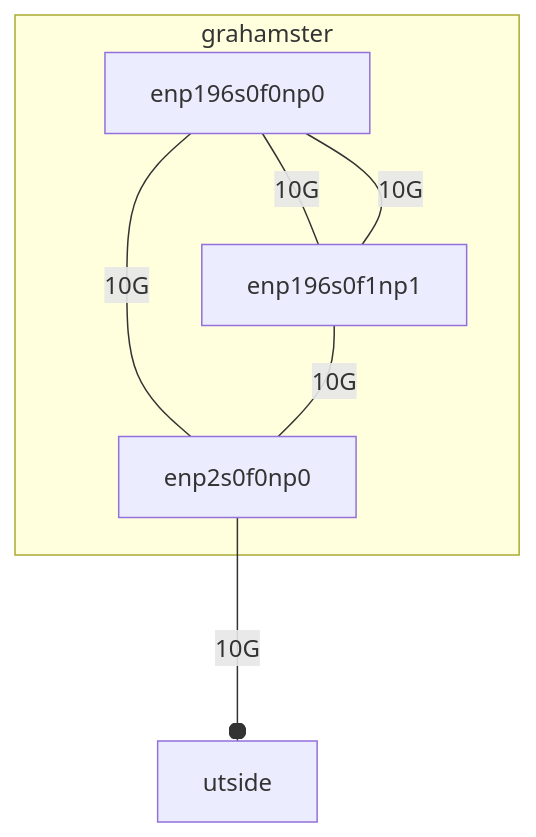
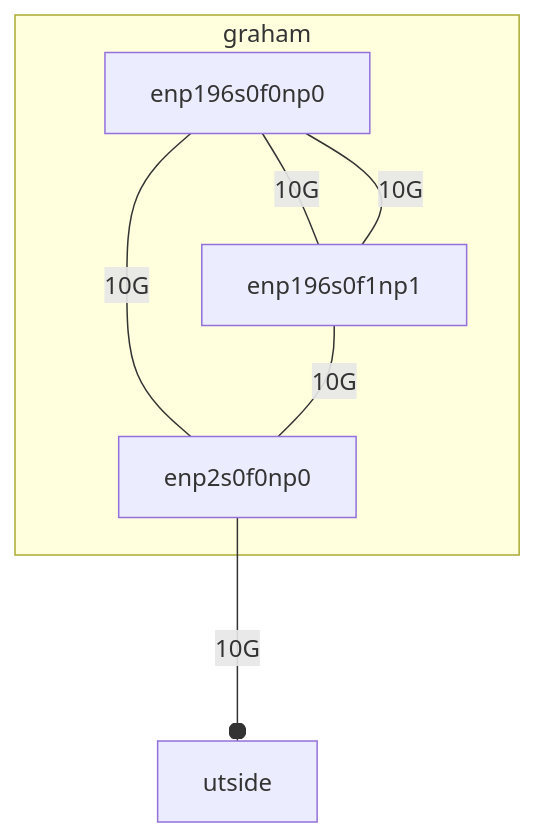
One commit to ackxolotl/doctor-cluster-config changed the fifth of 5 diagrams in some-mermaid-graph.md. Above: the diagram before and after it, drawn with Mermaid.

````diff
--- a/some-mermaid-graph.md
+++ b/some-mermaid-graph.md
@@ -62,16 +62,16 @@
 ```mermaid
   graph TD
     graham.enp2s0f0np0["enp2s0f0np0"]-- 10G ---outside
     graham.enp196s0f0np0["enp196s0f0np0"]-- 10G ---graham.enp2s0f0np0["enp2s0f0np0"]
     graham.enp196s0f0np0["enp196s0f0np0"]-- 10G ---graham.enp196s0f1np1["enp196s0f1np1"]
     graham.enp196s0f1np1["enp196s0f1np1"]-- 10G ---graham.enp2s0f0np0["enp2s0f0np0"]
     graham.enp196s0f1np1["enp196s0f1np1"]-- 10G ---graham.enp196s0f0np0["enp196s0f0np0"]
-    subgraph grahamster
+    subgraph graham
     graham.enp2s0f0np0["enp2s0f0np0"]
     graham.enp196s0f0np0["enp196s0f0np0"]
     graham.enp196s0f0np0["enp196s0f0np0"]
     graham.enp196s0f1np1["enp196s0f1np1"]
     graham.enp196s0f1np1["enp196s0f1np1"]
     end
-    click outside "https://nz-srvr2s2.informatik.tu-muenchen.de/" "outside"
+    click outside "https://github.com/ackxolotl/doctor-cluster-config/blob/mermaid/docs/tum/astrid.md" "outside"
 ```
````
